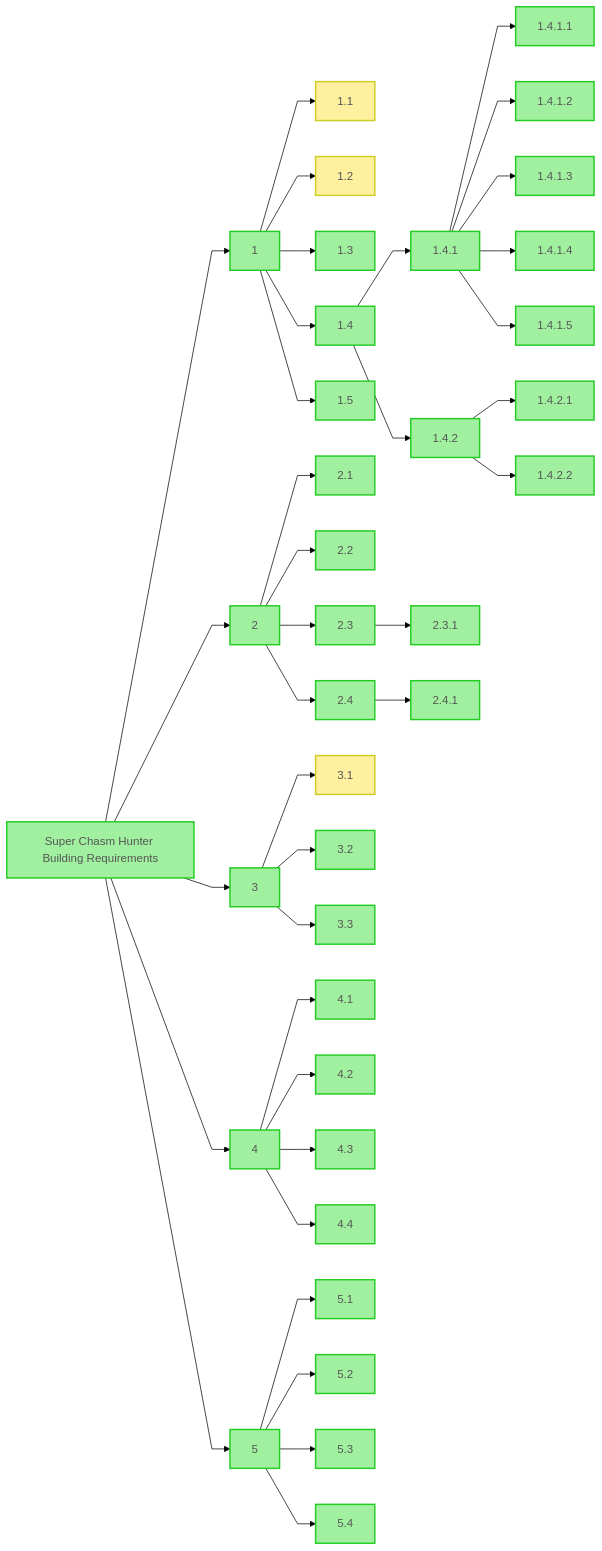
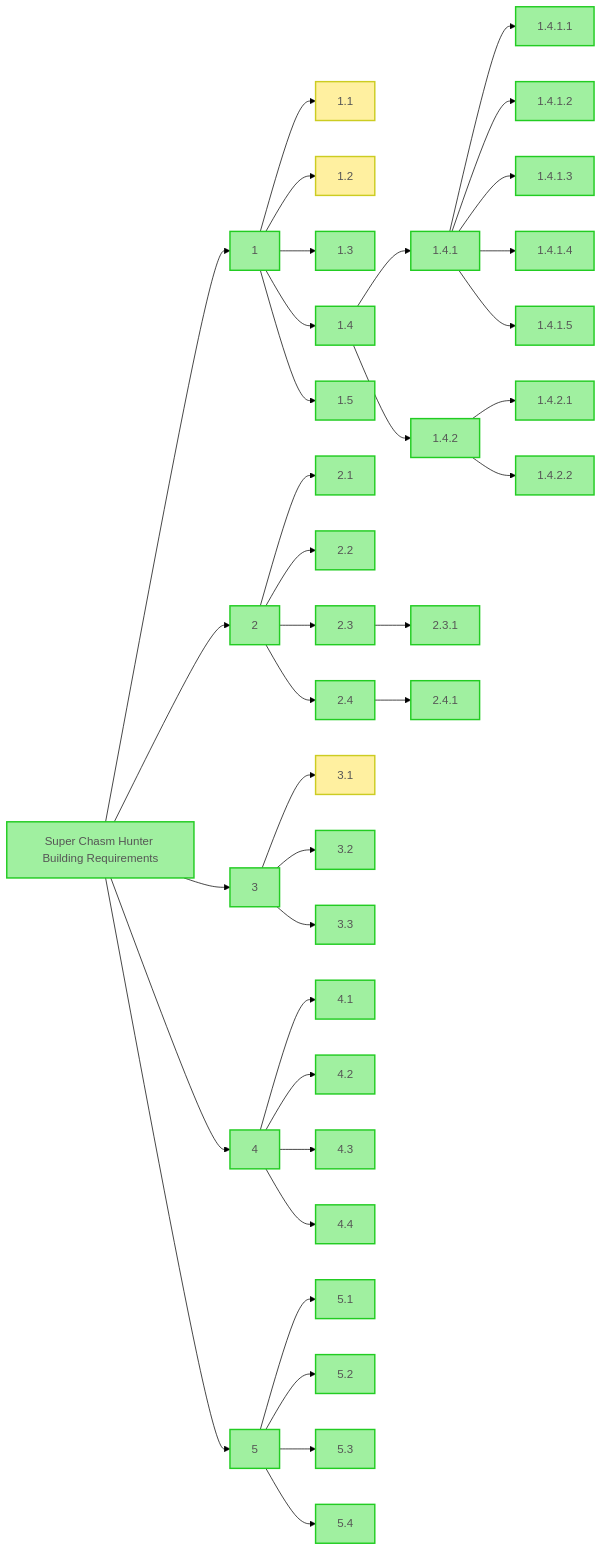
One commit to FilippoGurioli/super-chasm-hunter-pm changed the diagram in docs/RBSs/SCH Building Requirements.md. Above: the diagram before and after it, drawn with Mermaid (forest theme).

Commit message:
MermTest

````diff
--- a/docs/RBSs/SCH Building Requirements.md
+++ b/docs/RBSs/SCH Building Requirements.md
@@ -5,5 +5,5 @@
 ```mermaid
-%%{init: {'flowchart' : {'curve' : 'linear'}}}%%
+%%{init: {'graph' : {'curve' : 'linear'}}}%%
 graph LR
     0[Super Chasm Hunter Building Requirements]
     1
````
